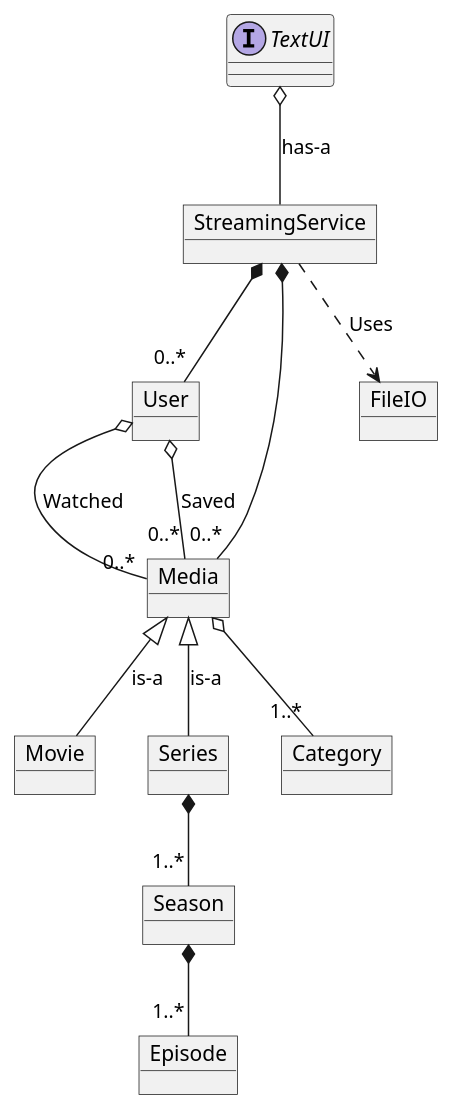
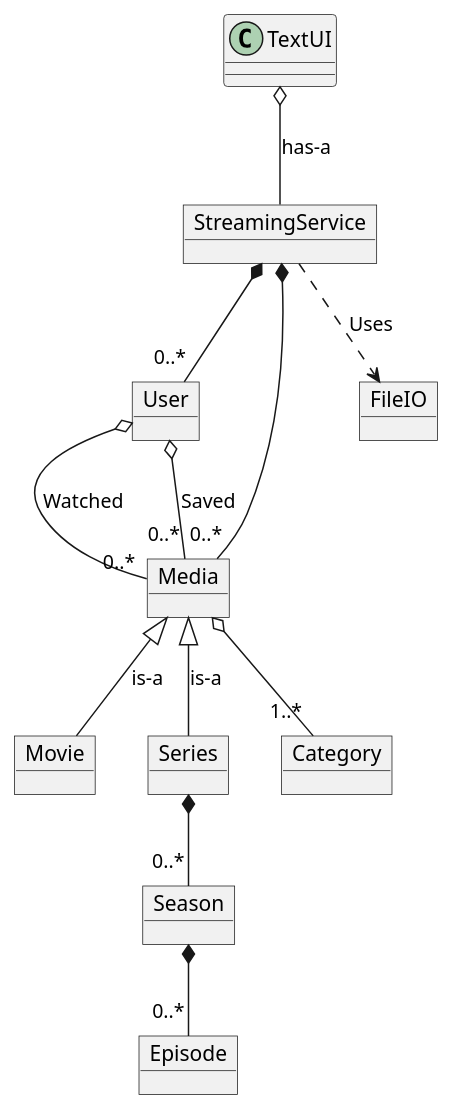
Before and after one commit to Dat1Cphbusiness/SP3OpgaveGruppeB: the diagram in doc/static/domainModel.puml, drawn with PlantUML. The commit also changed 2 other files, not shown here.

Commit message:
updated Diagrams, added src folder

```diff
--- a/doc/static/domainModel.puml
+++ b/doc/static/domainModel.puml
@@ -1,36 +1,36 @@
 @startuml
 'https://plantuml.com/sequence-diagram'
 
 object StreamingService
 
 object User
 
 object Media
 object Movie
 object Series
 object Season
 object Episode
 object Category
 
-interface TextUI
+class TextUI
 
 object FileIO
 
 TextUI o-- StreamingService:has-a
 StreamingService *-- "0..*" User
 StreamingService *-- "0..*" Media
 User o-- "0..*" Media:Watched
 User o-- "0..*" Media:Saved
 
 Media <|-- Movie:is-a
 Media <|-- Series:is-a
-Series *-- "1..*" Season
-Season *-- "1..*" Episode
+Series *-- "0..*" Season
+Season *-- "0..*" Episode
 Media o-- "1..*" Category
 
 StreamingService ..> FileIO:Uses
 
 
 
 
 @enduml
```
